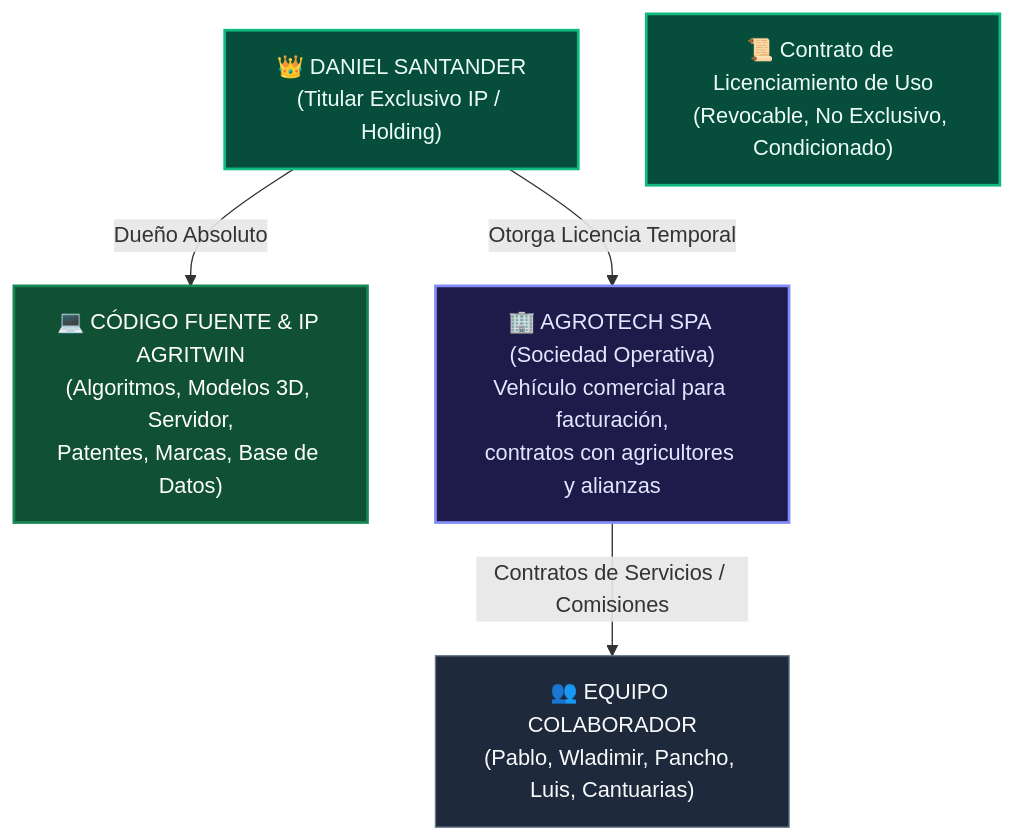
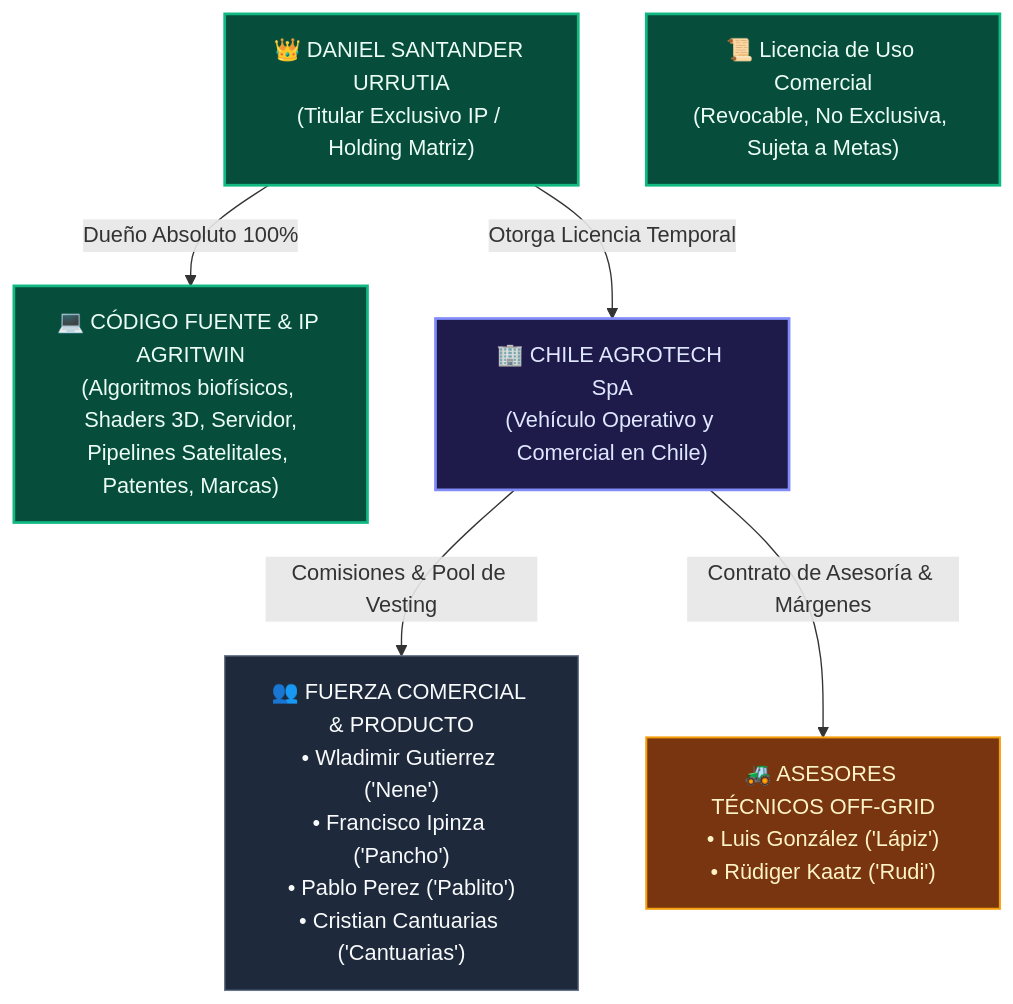
The diagram in Agro Tech/GOBERNANZA_LEGAL_MOU_COMPENSACION.md (danisantanderurrutia-coder/agrotech), drawn with Mermaid before and after one commit. The commit also changed other lines of this file and 5 other files, not shown here.

Commit message:
feat(governance): actualizar acuerdos de equipo con roles de Rudi, Lapiz, Cantuarias y Pablito, y desplegar Boletin N2

````diff
--- a/Agro Tech/GOBERNANZA_LEGAL_MOU_COMPENSACION.md
+++ b/Agro Tech/GOBERNANZA_LEGAL_MOU_COMPENSACION.md
@@ -20,21 +25,23 @@
 ```mermaid
 graph TD
     classDef founder fill:#064E3B,stroke:#10B981,stroke-width:2px,color:#ECFDF5;
     classDef op fill:#1E1B4B,stroke:#818CF8,stroke-width:2px,color:#E0E7FF;
     classDef team fill:#1E293B,stroke:#64748B,stroke-width:1px,color:#F8FAFC;
+    classDef advisor fill:#78350F,stroke:#F59E0B,stroke-width:1.5px,color:#FEF3C7;
 
-    FUNDADOR["👑 DANIEL SANTANDER<br/>(Titular Exclusivo IP / Holding)"]:::founder
-    CODEBASE["💻 CÓDIGO FUENTE & IP AGRITWIN<br/>(Algoritmos, Modelos 3D, Servidor,<br/>Patentes, Marcas, Base de Datos)"]:::founder
+    FUNDADOR["👑 DANIEL SANTANDER URRUTIA<br/>(Titular Exclusivo IP / Holding Matriz)"]:::founder
+    CODEBASE["💻 CÓDIGO FUENTE & IP AGRITWIN<br/>(Algoritmos biofísicos, Shaders 3D, Servidor,<br/>Pipelines Satelitales, Patentes, Marcas)"]:::founder
 
-    LICENCIA["📜 Contrato de Licenciamiento de Uso<br/>(Revocable, No Exclusivo, Condicionado)"]:::founder
+    LICENCIA["📜 Licencia de Uso Comercial<br/>(Revocable, No Exclusiva, Sujeta a Metas)"]:::founder
 
-    AGROTECH_SPA["🏢 AGROTECH SPA (Sociedad Operativa)<br/>Vehículo comercial para facturación,<br/>contratos con agricultores y alianzas"]:::op
+    AGROTECH_SPA["🏢 CHILE AGROTECH SpA<br/>(Vehículo Operativo y Comercial en Chile)"]:::op
 
-    EQUIPO["👥 EQUIPO COLABORADOR<br/>(Pablo, Wladimir, Pancho, Luis, Cantuarias)"]:::team
+    EQUIPO["👥 FUERZA COMERCIAL & PRODUCTO<br/>• Wladimir Gutierrez ('Nene')<br/>• Francisco Ipinza ('Pancho')<br/>• Pablo Perez ('Pablito')<br/>• Cristian Cantuarias ('Cantuarias')"]:::team
 
-    FUNDADOR -->|Dueño Absoluto| CODEBASE
+    ASESORES["🚜 ASESORES TÉCNICOS OFF-GRID<br/>• Luis González ('Lápiz')<br/>• Rüdiger Kaatz ('Rudi')"]:::advisor
+
+    FUNDADOR -->|Dueño Absoluto 100%| CODEBASE
     FUNDADOR -->|Otorga Licencia Temporal| AGROTECH_SPA
-    AGROTECH_SPA -->|Contratos de Servicios / Comisiones| EQUIPO
-
-    style CODEBASE fill:#0f5132,stroke:#198754,color:#fff
+    AGROTECH_SPA -->|Comisiones & Pool de Vesting| EQUIPO
+    AGROTECH_SPA -->|Contrato de Asesoría & Márgenes| ASESORES
 ```
````
